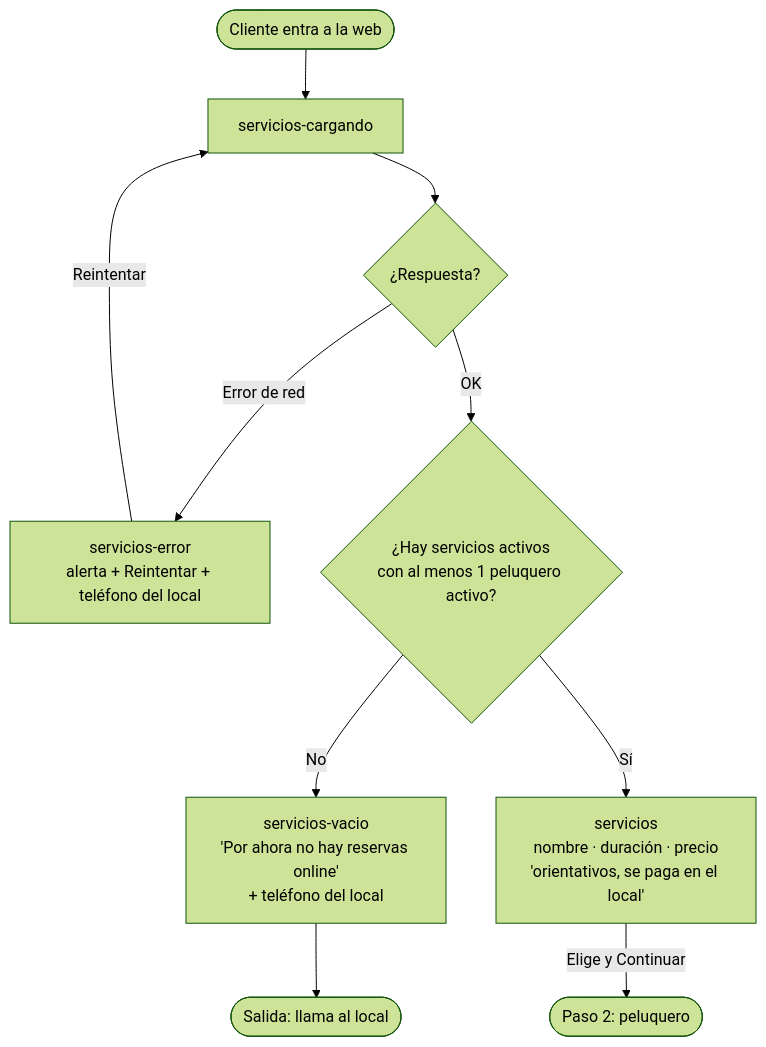
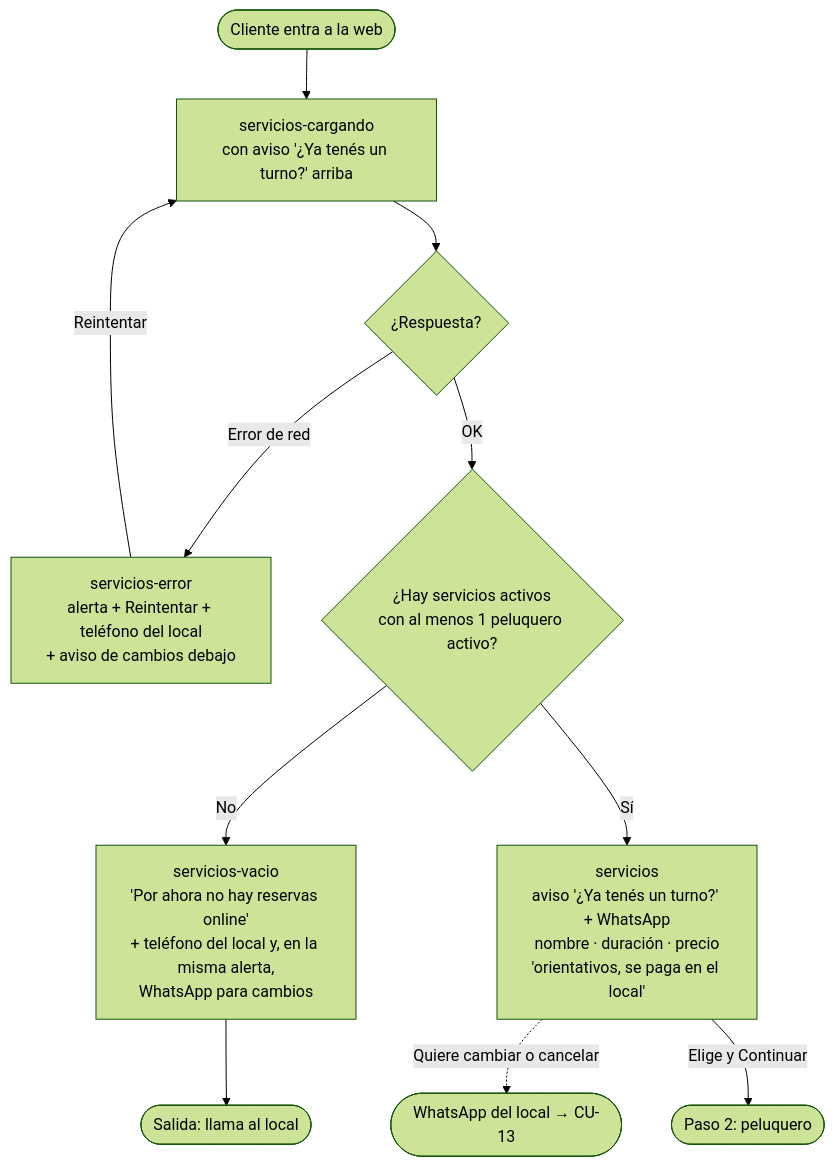
Before and after one commit to gm2dev/coop-agents-design: the third of 16 diagrams in initiatives/turnos-peluqueria-mvp/flows.md, drawn with Mermaid (forest theme). The commit also changed other lines of this file and 102 other files, not shown here.

Commit message:
feat(turnos-peluqueria-mvp): quitar link privado, cambiar/cancelar del cliente y calendario; aviso de contacto por WhatsApp (D-33 a D-36, DD-37, DD-38; v0.7)

````diff
--- a/initiatives/turnos-peluqueria-mvp/flows.md
+++ b/initiatives/turnos-peluqueria-mvp/flows.md
@@ -29,12 +50,13 @@
 ```mermaid
 flowchart TD
-  start([Cliente entra a la web]) --> load[servicios-cargando]
+  start([Cliente entra a la web]) --> load[servicios-cargando<br/>con aviso '¿Ya tenés un turno?' arriba]
   load --> ok{¿Respuesta?}
-  ok -->|Error de red| err[servicios-error<br/>alerta + Reintentar + teléfono del local]
+  ok -->|Error de red| err[servicios-error<br/>alerta + Reintentar + teléfono del local<br/>+ aviso de cambios debajo]
   err -->|Reintentar| load
   ok -->|OK| any{¿Hay servicios activos<br/>con al menos 1 peluquero activo?}
-  any -->|No| empty[servicios-vacio<br/>'Por ahora no hay reservas online'<br/>+ teléfono del local]
+  any -->|No| empty[servicios-vacio<br/>'Por ahora no hay reservas online'<br/>+ teléfono del local y, en la misma alerta,<br/>WhatsApp para cambios]
   empty --> exit1([Salida: llama al local])
-  any -->|Sí| list[servicios<br/>nombre · duración · precio<br/>'orientativos, se paga en el local']
+  any -->|Sí| list[servicios<br/>aviso '¿Ya tenés un turno?' + WhatsApp<br/>nombre · duración · precio<br/>'orientativos, se paga en el local']
+  list -.->|Quiere cambiar o cancelar| wa([WhatsApp del local → CU-13])
   list -->|Elige y Continuar| next([Paso 2: peluquero])
 ```
````
